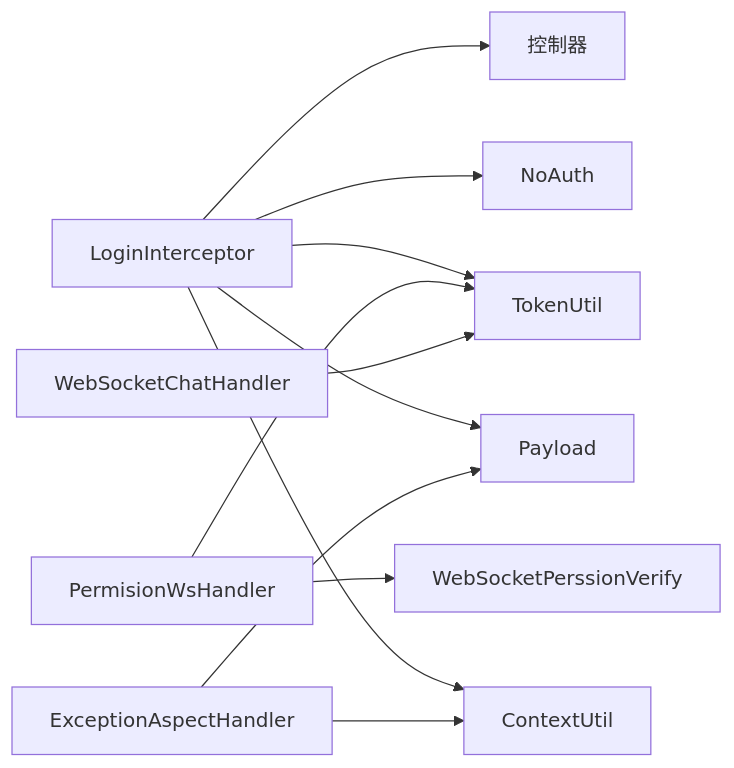
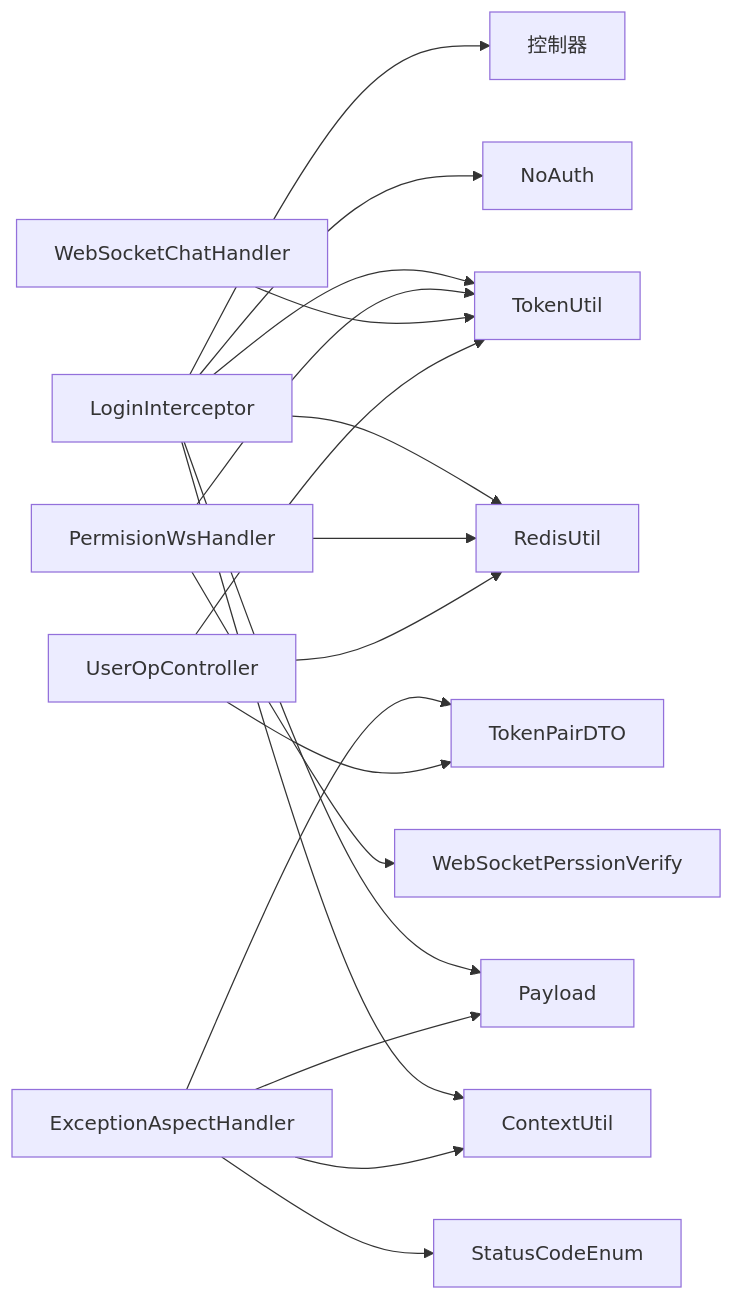
Before and after one commit to liftp/chat_simple: the ninth of 9 diagrams in .qoder/repowiki/zh/content/安全与认证/权限拦截器.md, drawn with Mermaid. The commit also changed other lines of this file and 6 other files, not shown here.

````diff
--- a/.qoder/repowiki/zh/content/安全与认证/权限拦截器.md
+++ b/.qoder/repowiki/zh/content/安全与认证/权限拦截器.md
@@ -400,13 +478,20 @@
 ```mermaid
 graph LR
 LI["LoginInterceptor"] --> TU["TokenUtil"]
 LI --> CTX["ContextUtil"]
+LI --> RU["RedisUtil"]
 LI --> PL["Payload"]
 LI --> NA["NoAuth"]
 LI --> CTRL["控制器"]
 PW["PermisionWsHandler"] --> TU
+PW --> RU
 PW --> WSV["WebSocketPerssionVerify"]
 WCH["WebSocketChatHandler"] --> TU
 EAH["ExceptionAspectHandler"] --> CTX
 EAH --> PL
+EAH --> TP["TokenPairDTO"]
+EAH --> SCE["StatusCodeEnum"]
+UOC["UserOpController"] --> TU
+UOC --> RU
+UOC --> TP
 ```
````
